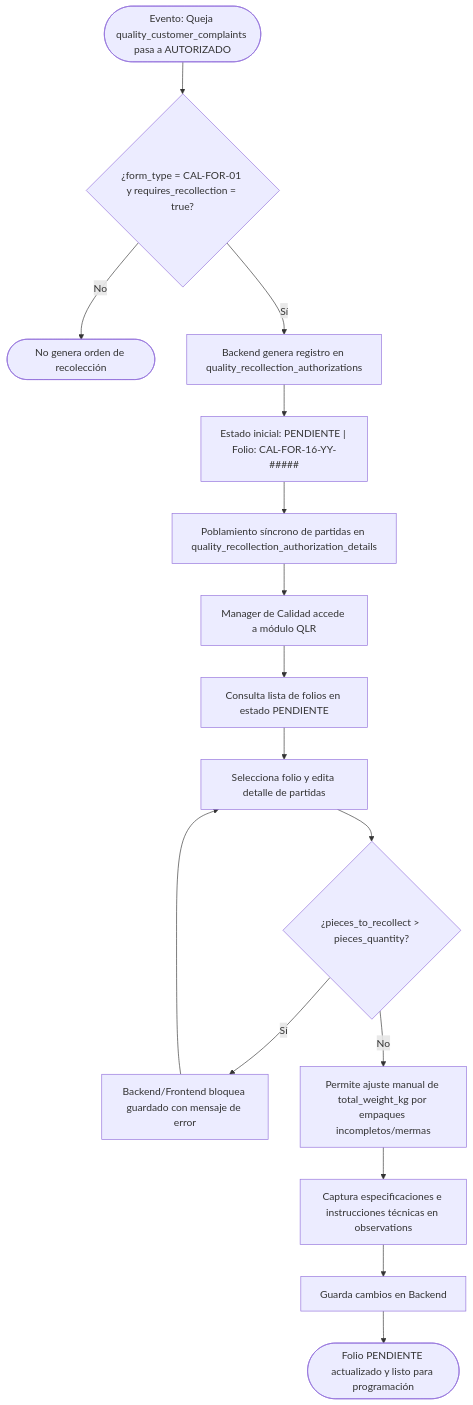
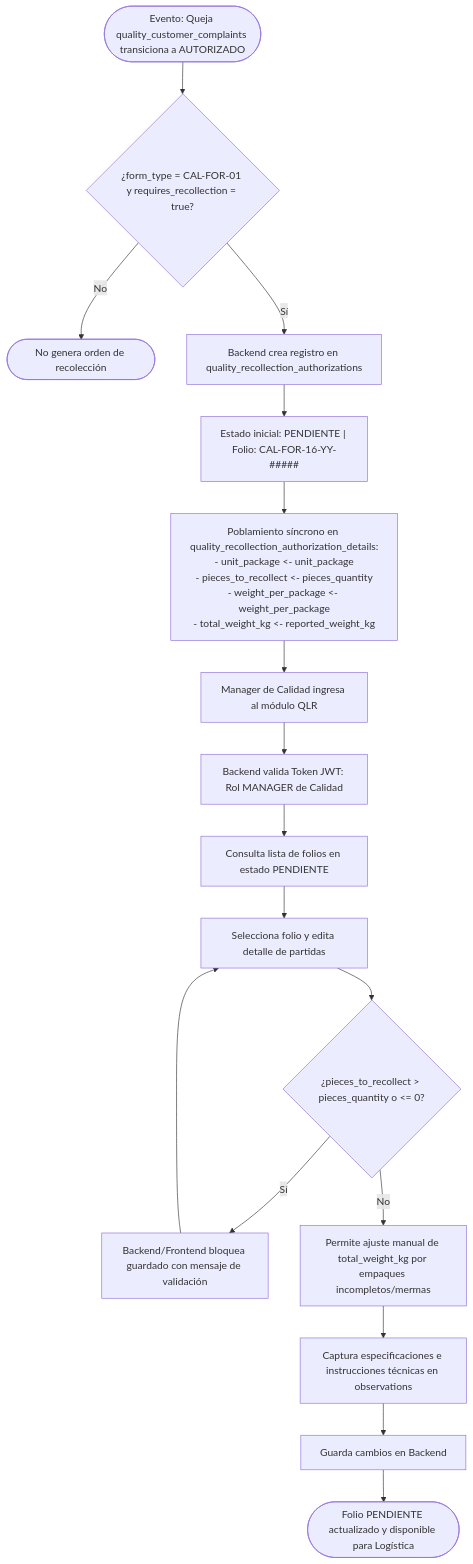
One commit to Automatizacion-KPC/KoonolApp changed the second of 4 diagrams in docs/modules/product_recollection.md. Above: the diagram before and after it, drawn with Mermaid. The commit also changed other lines of this file, not shown here.

Commit message:
Se actualizó la documentación referente al módulo QLR

````diff
--- a/docs/modules/product_recollection.md
+++ b/docs/modules/product_recollection.md
@@ -167,21 +172,22 @@
 ```mermaid
 graph TD
-    A([Evento: Queja quality_customer_complaints pasa a AUTORIZADO]) --> B{¿form_type = CAL-FOR-01 y requires_recollection = true?}
+    A([Evento: Queja quality_customer_complaints transiciona a AUTORIZADO]) --> B{¿form_type = CAL-FOR-01 y requires_recollection = true?}
     B -- No --> C([No genera orden de recolección])
-    B -- Sí --> D[Backend genera registro en quality_recollection_authorizations]
+    B -- Sí --> D[Backend crea registro en quality_recollection_authorizations]
     D --> E["Estado inicial: PENDIENTE | Folio: CAL-FOR-16-YY-#####"]
-    E --> F[Poblamiento síncrono de partidas en quality_recollection_authorization_details]
+    E --> F["Poblamiento síncrono en quality_recollection_authorization_details:<br/>- unit_package <- unit_package<br/>- pieces_to_recollect <- pieces_quantity<br/>- weight_per_package <- weight_per_package<br/>- total_weight_kg <- reported_weight_kg"]
 
-    F --> G[Manager de Calidad accede a módulo QLR]
-    G --> H[Consulta lista de folios en estado PENDIENTE]
-    H --> I[Selecciona folio y edita detalle de partidas]
+    F --> G[Manager de Calidad ingresa al módulo QLR]
+    G --> H[Backend valida Token JWT: Rol MANAGER de Calidad]
+    H --> I[Consulta lista de folios en estado PENDIENTE]
+    I --> J[Selecciona folio y edita detalle de partidas]
 
-    I --> J{¿pieces_to_recollect > pieces_quantity?}
-    J -- Sí --> K[Backend/Frontend bloquea guardado con mensaje de error]
-    K --> I
-    J -- No --> L[Permite ajuste manual de total_weight_kg por empaques incompletos/mermas]
+    J --> K{¿pieces_to_recollect > pieces_quantity o <= 0?}
+    K -- Sí --> L[Backend/Frontend bloquea guardado con mensaje de validación]
+    L --> J
+    K -- No --> M[Permite ajuste manual de total_weight_kg por empaques incompletos/mermas]
 
-    L --> M[Captura especificaciones e instrucciones técnicas en observations]
-    M --> N[Guarda cambios en Backend]
-    N --> O([Folio PENDIENTE actualizado y listo para programación])
+    M --> N[Captura especificaciones e instrucciones técnicas en observations]
+    N --> O[Guarda cambios en Backend]
+    O --> P([Folio PENDIENTE actualizado y disponible para Logística])
 ```
````
